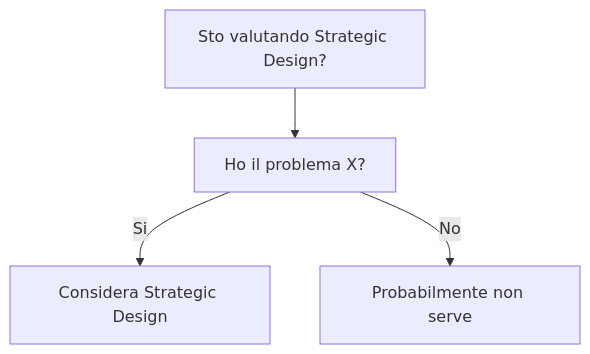
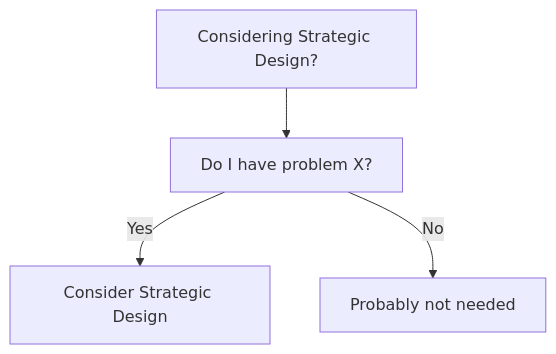
The diagram in dev-wiki/20_DDD/Strategic_Design/When_To_Use.md (HxT9/Software-Dev-Wiki), drawn with Mermaid before and after one commit. The commit also changed other lines of this file and 3444 other files, not shown here.

````diff
--- a/dev-wiki/20_DDD/Strategic_Design/When_To_Use.md
+++ b/dev-wiki/20_DDD/Strategic_Design/When_To_Use.md
@@ -19,6 +19,6 @@
 ```mermaid
 flowchart TD
-  Q[Sto valutando Strategic Design?] --> Q1[Ho il problema X?]
-  Q1 -->|Si| OK[Considera Strategic Design]
-  Q1 -->|No| NO[Probabilmente non serve]
+  Q[Considering Strategic Design?] --> Q1[Do I have problem X?]
+  Q1 -->|Yes| OK[Consider Strategic Design]
+  Q1 -->|No| NO[Probably not needed]
 ```
````
